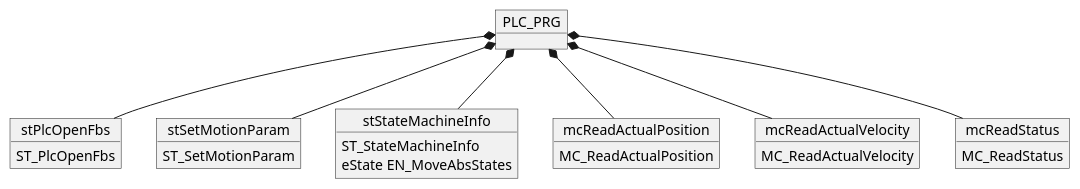
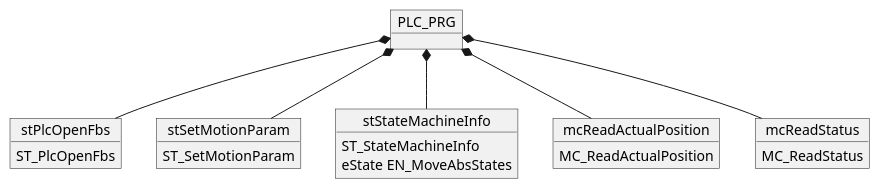
Before and after one commit to hei-synd-autb/autb-lab-06: the diagram in puml/PracticalWork06_ClassObjects.puml, drawn with PlantUML. The commit also changed 2 other files, not shown here.

```diff
--- a/puml/PracticalWork06_ClassObjects.puml
+++ b/puml/PracticalWork06_ClassObjects.puml
@@ -1,28 +1,25 @@
 @startuml
 object PLC_PRG
 object stPlcOpenFbs
 object stSetMotionParam
 object stStateMachineInfo
 
 object mcReadActualPosition
-object mcReadActualVelocity
 object mcReadStatus
 
 stPlcOpenFbs : ST_PlcOpenFbs
 stSetMotionParam : ST_SetMotionParam
 stStateMachineInfo : ST_StateMachineInfo
 stStateMachineInfo : eState EN_MoveAbsStates
 
 
 mcReadActualPosition   : MC_ReadActualPosition
-mcReadActualVelocity   : MC_ReadActualVelocity
 mcReadStatus           : MC_ReadStatus
 
 PLC_PRG *-- stPlcOpenFbs
 PLC_PRG *-- stSetMotionParam
 PLC_PRG *-- stStateMachineInfo
 PLC_PRG *-- mcReadActualPosition
-PLC_PRG *-- mcReadActualVelocity
 PLC_PRG *-- mcReadStatus
 
 @endum
```
